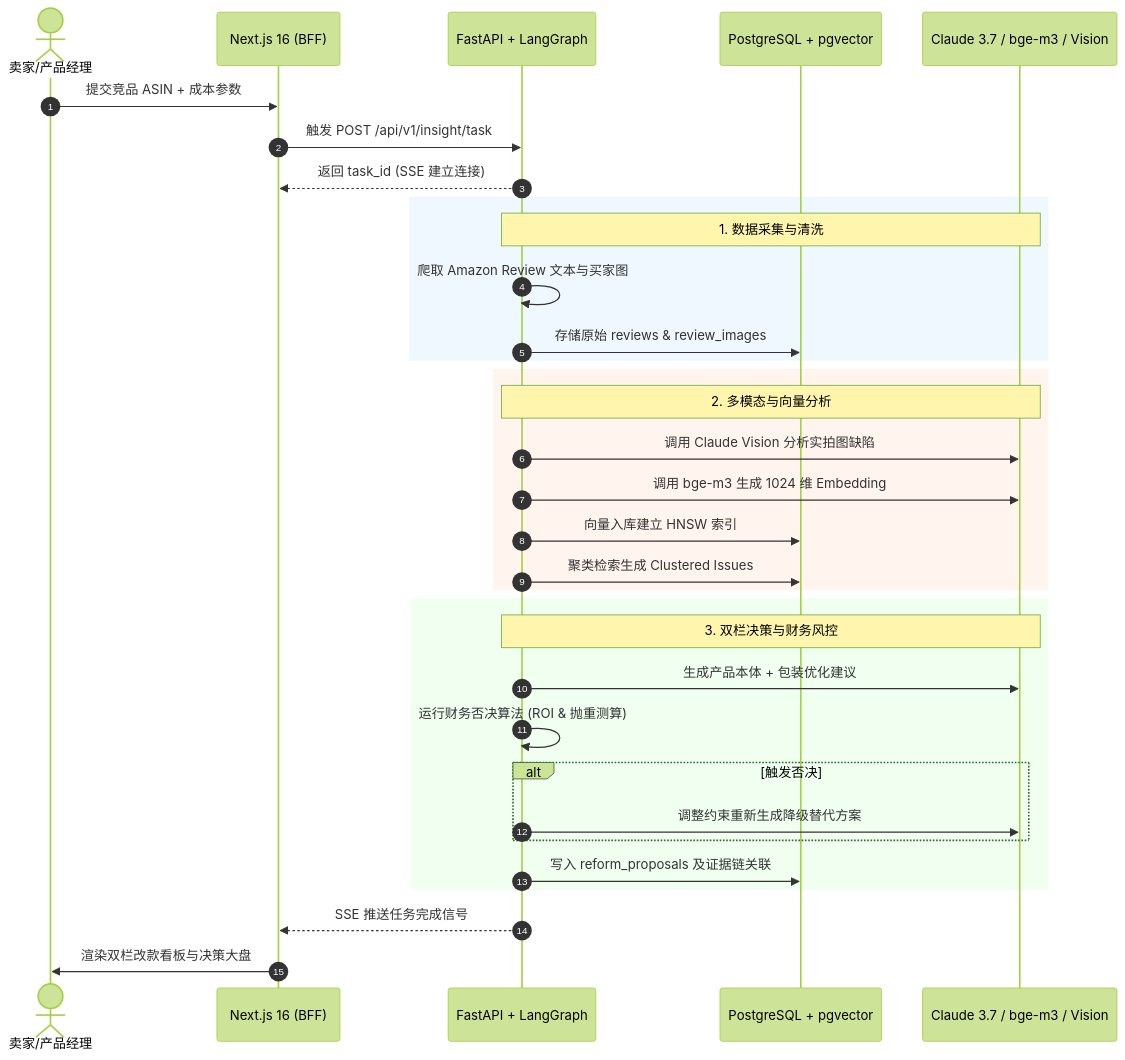
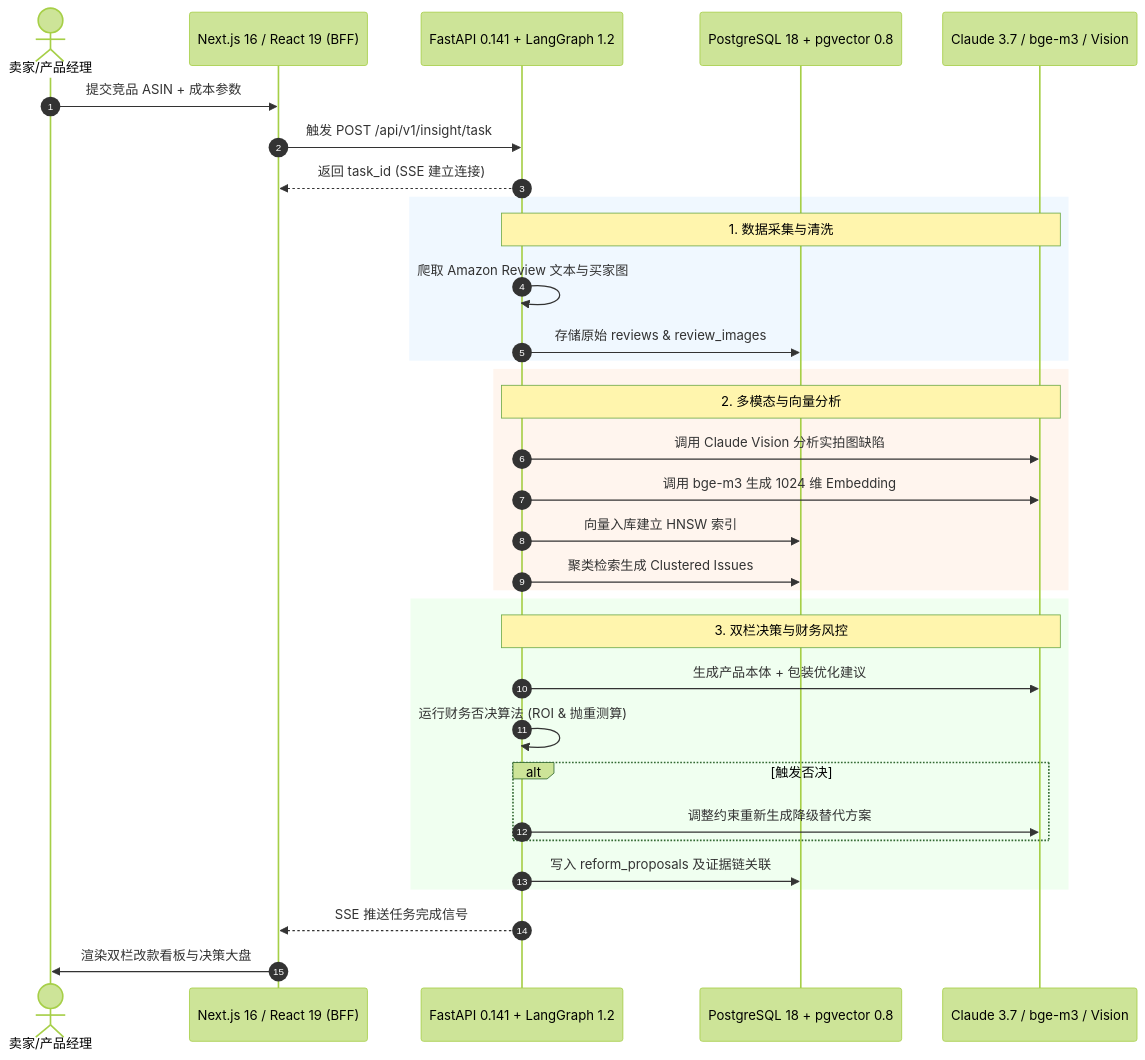
Before and after one commit to AlkaidSTART/ai-plus: the diagram in 比赛资料/PRD.md, drawn with Mermaid (forest theme). The commit also changed other lines of this file and 3 other files, not shown here.

````diff
--- a/比赛资料/PRD.md
+++ b/比赛资料/PRD.md
@@ -217,40 +217,40 @@
 ```mermaid
 sequenceDiagram
     autonumber
     actor User as 卖家/产品经理
-    participant Web as Next.js 16 (BFF)
-    participant Core as FastAPI + LangGraph
-    participant Store as PostgreSQL + pgvector
+    participant Web as Next.js 16 / React 19 (BFF)
+    participant Core as FastAPI 0.141 + LangGraph 1.2
+    participant Store as PostgreSQL 18 + pgvector 0.8
     participant AI as Claude 3.7 / bge-m3 / Vision
     
     User->>Web: 提交竞品 ASIN + 成本参数
     Web->>Core: 触发 POST /api/v1/insight/task
     Core-->>Web: 返回 task_id (SSE 建立连接)
     
     rect rgb(240, 248, 255)
     Note over Core,AI: 1. 数据采集与清洗
     Core->>Core: 爬取 Amazon Review 文本与买家图
     Core->>Store: 存储原始 reviews & review_images
     end
     
     rect rgb(255, 245, 238)
     Note over Core,AI: 2. 多模态与向量分析
     Core->>AI: 调用 Claude Vision 分析实拍图缺陷
     Core->>AI: 调用 bge-m3 生成 1024 维 Embedding
     Core->>Store: 向量入库建立 HNSW 索引
     Core->>Store: 聚类检索生成 Clustered Issues
     end
     
     rect rgb(240, 255, 240)
     Note over Core,AI: 3. 双栏决策与财务风控
     Core->>AI: 生成产品本体 + 包装优化建议
     Core->>Core: 运行财务否决算法 (ROI & 抛重测算)
     alt 触发否决
         Core->>AI: 调整约束重新生成降级替代方案
     end
     Core->>Store: 写入 reform_proposals 及证据链关联
     end
     
     Core-->>Web: SSE 推送任务完成信号
     Web->>User: 渲染双栏改款看板与决策大盘
 ```
````
